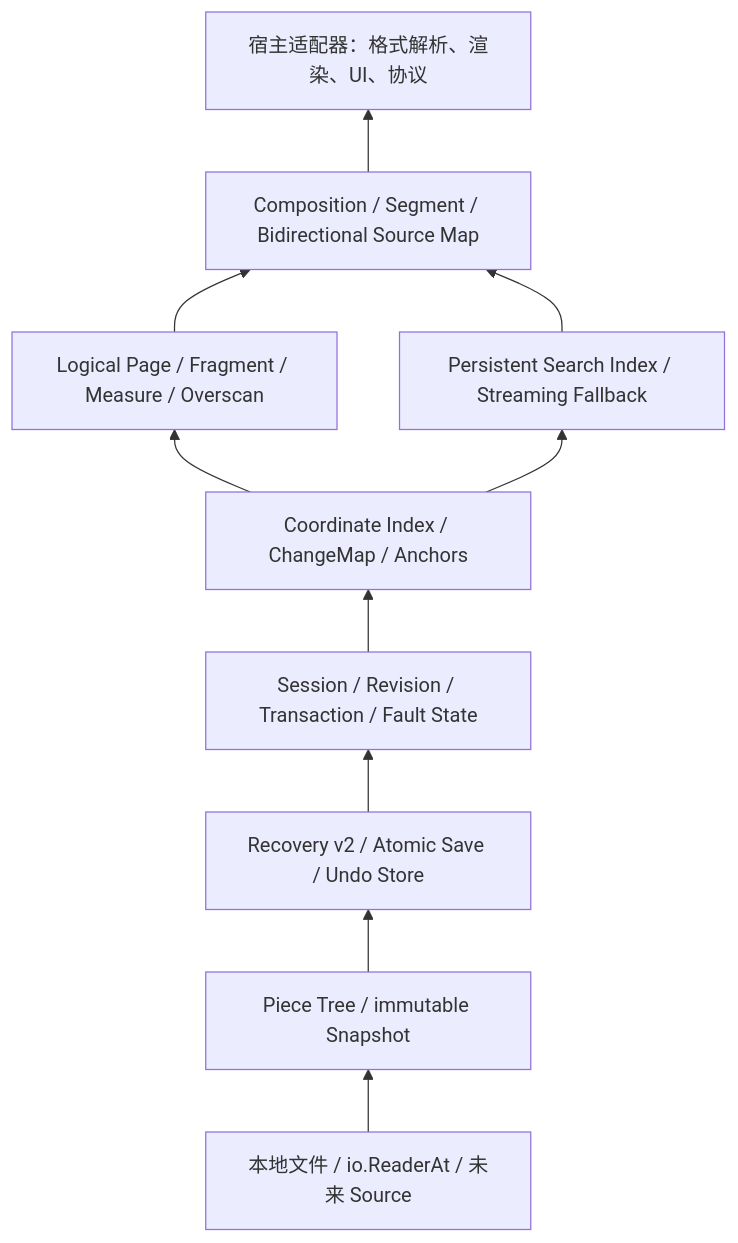
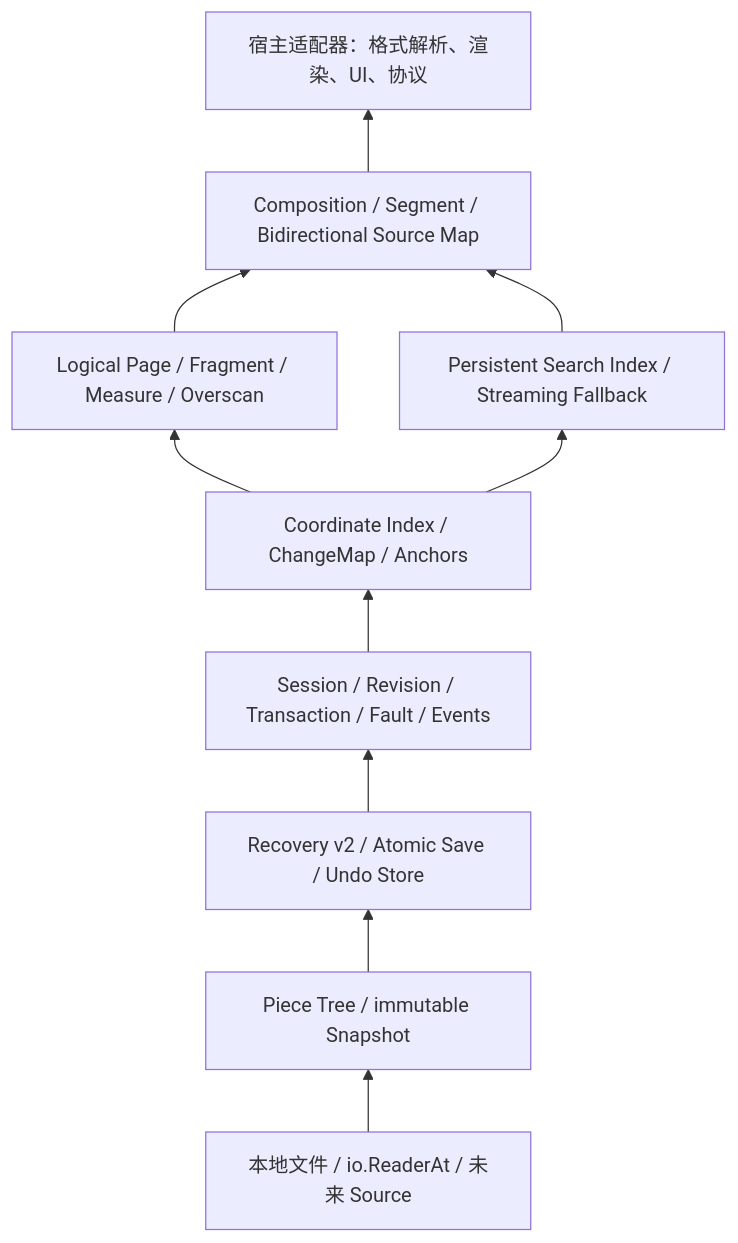
The diagram in develop.md (moresleep512/docengine), drawn with Mermaid before and after one commit. The commit also changed other lines of this file and 4 other files, not shown here.

Commit message:
chore: update CI and v0.4 roadmap

````diff
--- a/develop.md
+++ b/develop.md
@@ -45,22 +50,22 @@
 ```mermaid
 flowchart BT
     OS["本地文件 / io.ReaderAt / 未来 Source"]
     Store["Piece Tree / immutable Snapshot"]
     Persist["Recovery v2 / Atomic Save / Undo Store"]
-    Session["Session / Revision / Transaction / Fault State"]
+    Session["Session / Revision / Transaction / Fault / Events"]
     Coordinate["Coordinate Index / ChangeMap / Anchors"]
     Virtual["Logical Page / Fragment / Measure / Overscan"]
     Search["Persistent Search Index / Streaming Fallback"]
     Compose["Composition / Segment / Bidirectional Source Map"]
     Host["宿主适配器：格式解析、渲染、UI、协议"]
 
     OS --> Store
     Store --> Persist
     Persist --> Session
     Session --> Coordinate
     Coordinate --> Virtual
     Coordinate --> Search
     Virtual --> Compose
     Search --> Compose
     Compose --> Host
 ```
````
